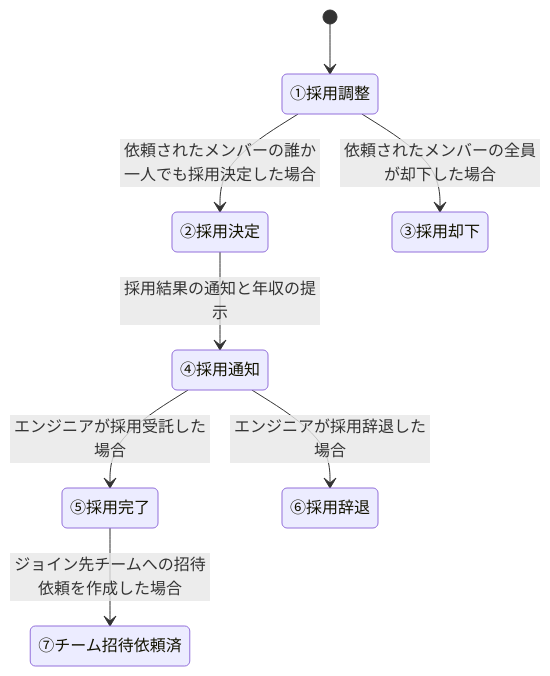
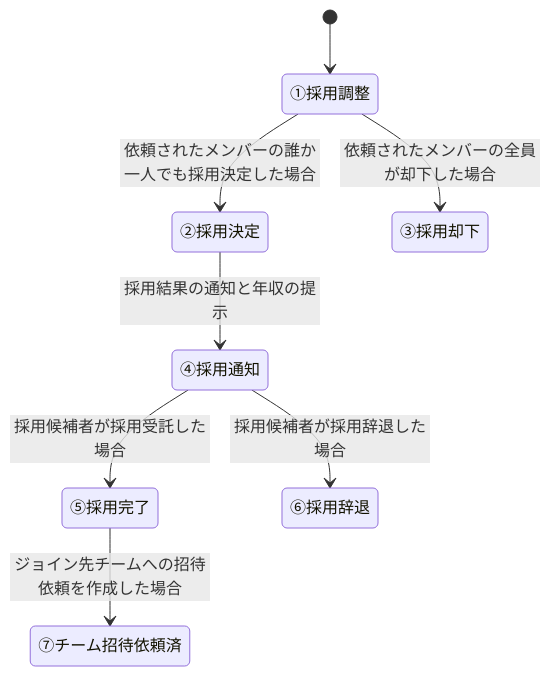
One commit to bright-org/bright changed the fifth of 6 diagrams in docs/conceptual_schemas/employment_and_interview.md. Above: the diagram before and after it, drawn with Mermaid. The commit also changed other lines of this file, not shown here.

````diff
--- a/docs/conceptual_schemas/employment_and_interview.md
+++ b/docs/conceptual_schemas/employment_and_interview.md
@@ -76,10 +76,10 @@
 ```mermaid
 stateDiagram-v2
 [*] --> ①採用調整
 ①採用調整 --> ②採用決定:依頼されたメンバーの誰か一人でも採用決定した場合
 ①採用調整 --> ③採用却下:依頼されたメンバーの全員が却下した場合
 ②採用決定 --> ④採用通知:採用結果の通知と年収の提示
-④採用通知 --> ⑤採用完了:エンジニアが採用受託した場合
-④採用通知 --> ⑥採用辞退:エンジニアが採用辞退した場合
+④採用通知 --> ⑤採用完了:採用候補者が採用受託した場合
+④採用通知 --> ⑥採用辞退:採用候補者が採用辞退した場合
 ⑤採用完了 --> ⑦チーム招待依頼済:ジョイン先チームへの招待依頼を作成した場合
 ```
````
